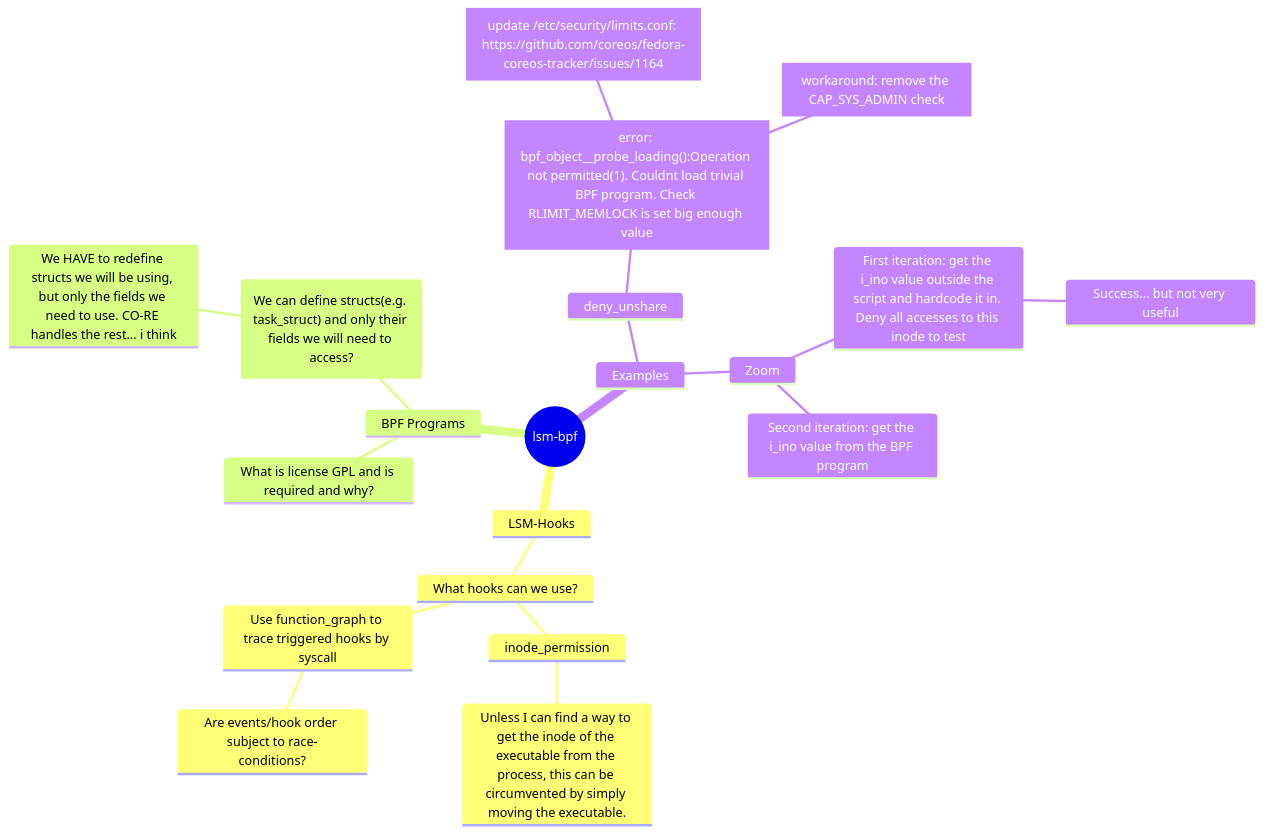
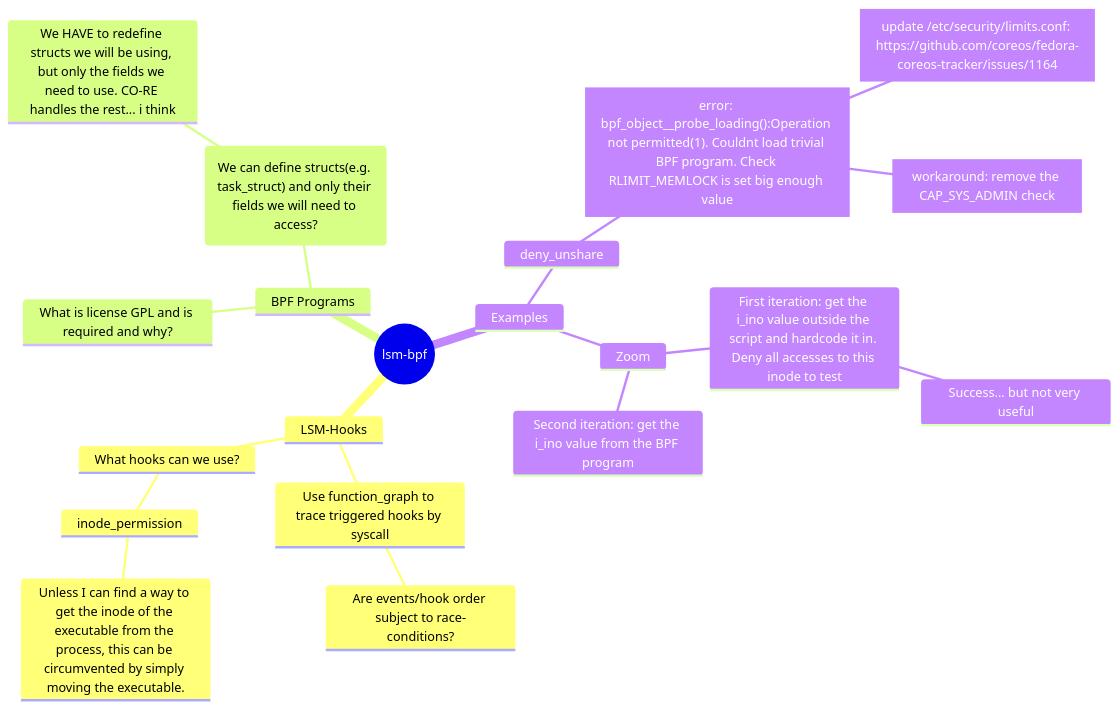
The diagram in Questions:.md (Turbodunker/lsm-bpf), drawn with Mermaid before and after one commit.

Commit message:
Updated Questions: (markdown)

````diff
--- a/Questions:.md
+++ b/Questions:.md
@@ -17,25 +17,26 @@
 ``` mermaid
     mindmap
         root((lsm-bpf))
             LSM-Hooks
+                Use function_graph to trace triggered hooks by syscall
+                    Are events/hook order subject to race-conditions?
                 What hooks can we use?
                     inode_permission
                         Unless I can find a way to get the inode of the executable from the process, this can be circumvented by simply moving the executable.
                        
-                    Use function_graph to trace triggered hooks by syscall
-                        Are events/hook order subject to race-conditions?
+                    
             BPF Programs
                 What is license GPL and is required and why?
                 ("We can define structs(e.g. task_struct) and only their fields we will need to access?")
                     We HAVE to redefine structs we will be using, but only the fields we need to use. CO-RE handles the rest... i think
             Examples
                 deny_unshare
                     id1["error: bpf_object__probe_loading():Operation not permitted(1). Couldnt load trivial BPF program. Check RLIMIT_MEMLOCK is set big enough value"]
                         id2["update /etc/security/limits.conf: https://github.com/coreos/fedora-coreos-tracker/issues/1164"]
                         workaround["workaround: remove the CAP_SYS_ADMIN check"]
                 Zoom
                     First iteration: get the i_ino value outside the script and hardcode it in. Deny all accesses to this inode to test
                         Success... but not very useful
                     Second iteration: get the i_ino value from the BPF program
 
 ```
````
